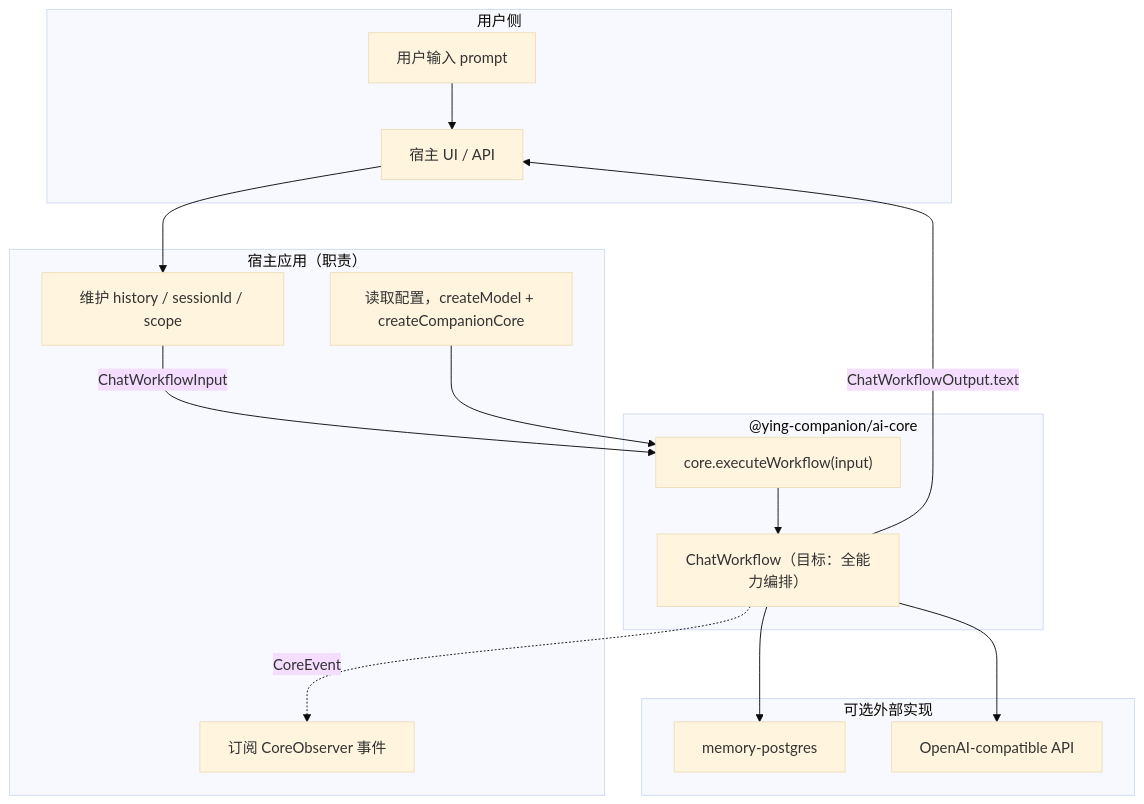
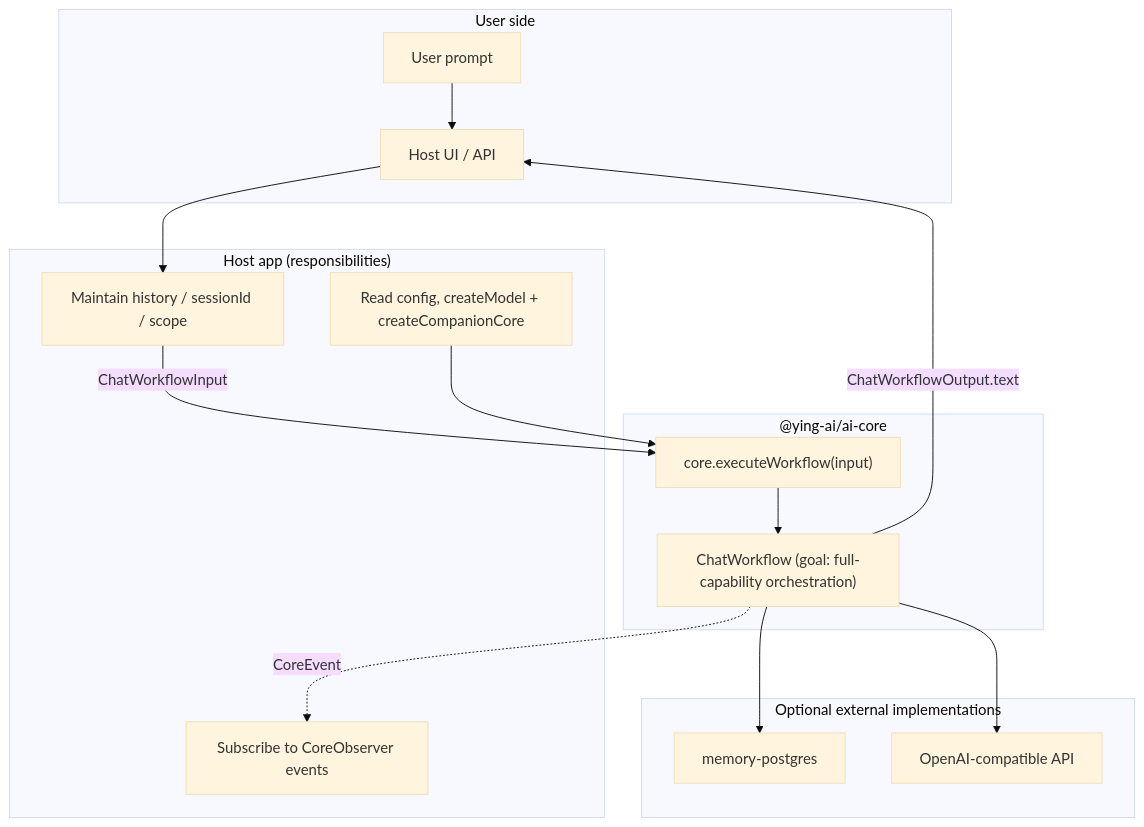
Before and after one commit to KRISACHAN/ying-ai: the first of 3 diagrams in packages/ai-core/README.md, drawn with Mermaid (base theme). The commit also changed other lines of this file and 205 other files, not shown here.

````diff
--- a/packages/ai-core/README.md
+++ b/packages/ai-core/README.md
@@ -120,32 +122,32 @@
 ```mermaid
 flowchart TB
-  subgraph UserSide["用户侧"]
-    U["用户输入 prompt"]
-    UI["宿主 UI / API"]
+  subgraph UserSide["User side"]
+    U["User prompt"]
+    UI["Host UI / API"]
   end
 
-  subgraph Host["宿主应用（职责）"]
-    HIST["维护 history / sessionId / scope"]
-    ENV["读取配置，createModel + createCompanionCore"]
-    OBS_SUB["订阅 CoreObserver 事件"]
+  subgraph Host["Host app (responsibilities)"]
+    HIST["Maintain history / sessionId / scope"]
+    ENV["Read config, createModel + createCompanionCore"]
+    OBS_SUB["Subscribe to CoreObserver events"]
   end
 
-  subgraph Core["@ying-companion/ai-core"]
+  subgraph Core["@ying-ai/ai-core"]
     EXEC["core.executeWorkflow(input)"]
-    WF["ChatWorkflow（目标：全能力编排）"]
+    WF["ChatWorkflow (goal: full-capability orchestration)"]
   end
 
-  subgraph External["可选外部实现"]
+  subgraph External["Optional external implementations"]
     PG["memory-postgres"]
     LLM["OpenAI-compatible API"]
   end
 
   U --> UI --> HIST
   HIST -->|ChatWorkflowInput| EXEC
   ENV --> EXEC
   EXEC --> WF
   WF --> PG
   WF --> LLM
   WF -->|ChatWorkflowOutput.text| UI
   WF -.->|CoreEvent| OBS_SUB
 ```
````
